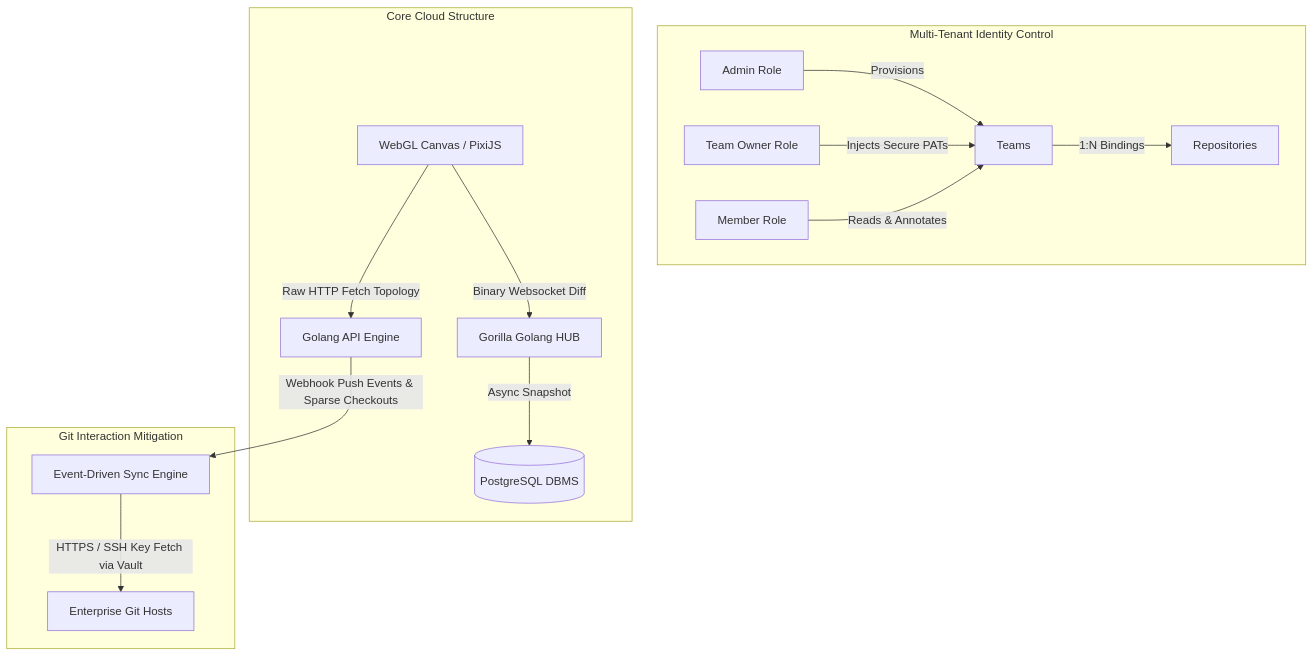
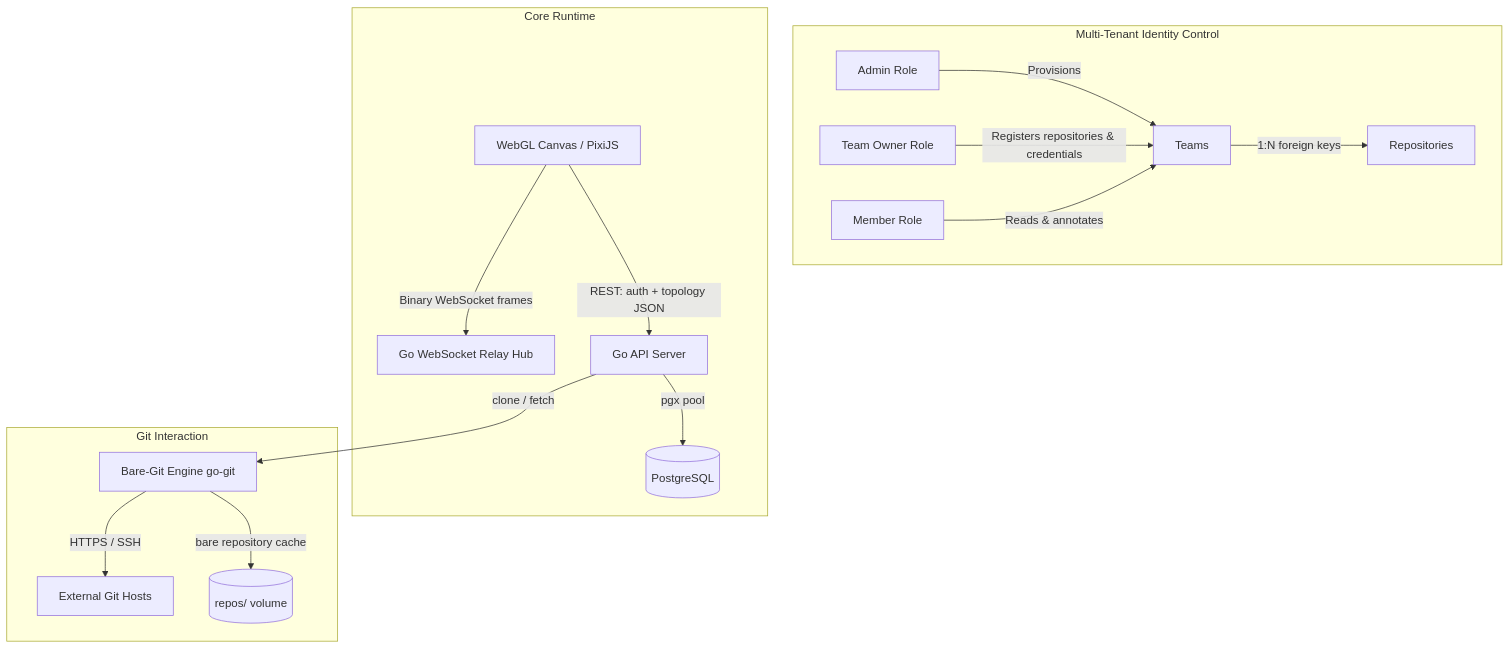
The first of 3 diagrams in docs/architecture.md (Ramin1886/Dabiran), drawn with Mermaid before and after one commit. The commit also changed other lines of this file and 7 other files, not shown here.

````diff
--- a/docs/architecture.md
+++ b/docs/architecture.md
@@ -26,20 +29,21 @@
 ```mermaid
 graph TD
     subgraph Multi-Tenant Identity Control
     RBAC_Admin[Admin Role] -->|Provisions| Teams
-    RBAC_Owner[Team Owner Role] -->|Injects Secure PATs| Teams
-    RBAC_Member[Member Role] -->|Reads & Annotates| Teams
-    Teams -->|1:N Bindings| Repositories
+    RBAC_Owner[Team Owner Role] -->|Registers repositories & credentials| Teams
+    RBAC_Member[Member Role] -->|Reads & annotates| Teams
+    Teams -->|1:N foreign keys| Repositories
     end
 
-    subgraph Core Cloud Structure
-    React[WebGL Canvas / PixiJS] -->|Binary Websocket Diff| MUX
-    MUX[Gorilla Golang HUB] -->|Async Snapshot| PG[(PostgreSQL DBMS)]
-    React -->|Raw HTTP Fetch Topology| REST[Golang API Engine]
+    subgraph Core Runtime
+    React[WebGL Canvas / PixiJS] -->|Binary WebSocket frames| HUB[Go WebSocket Relay Hub]
+    React -->|REST: auth + topology JSON| REST[Go API Server]
+    REST -->|pgx pool| PG[(PostgreSQL)]
     end
 
-    subgraph Git Interaction Mitigation
-    REST -->|Webhook Push Events & Sparse Checkouts| GIT_Engine[Event-Driven Sync Engine]
-    GIT_Engine -->|HTTPS / SSH Key Fetch via Vault| Enterprise_Git[Enterprise Git Hosts]
+    subgraph Git Interaction
+    REST -->|clone / fetch| GIT_Engine[Bare-Git Engine go-git]
+    GIT_Engine -->|HTTPS / SSH| Enterprise_Git[External Git Hosts]
+    GIT_Engine -->|bare repository cache| FS[(repos/ volume)]
     end
 ```
````
